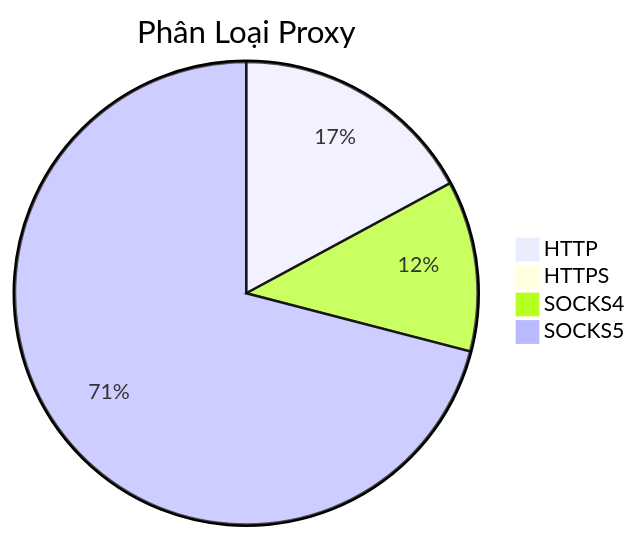
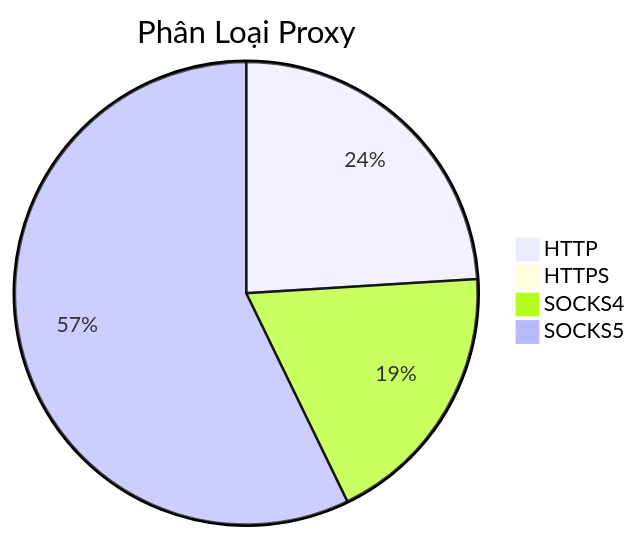
The diagram in README.md (Ciara-Aa/PROXY-free), drawn with Mermaid before and after one commit. The commit also changed other lines of this file and 4 other files, not shown here.

````diff
--- a/README.md
+++ b/README.md
@@ -26,7 +26,7 @@
 ```mermaid
 pie title Phân Loại Proxy
-    "HTTP" : 475
-    "HTTPS" : 0
-    "SOCKS4" : 331
-    "SOCKS5" : 1969
+    "HTTP" : 399
+    "HTTPS" : 2
+    "SOCKS4" : 312
+    "SOCKS5" : 950
 ```
````
